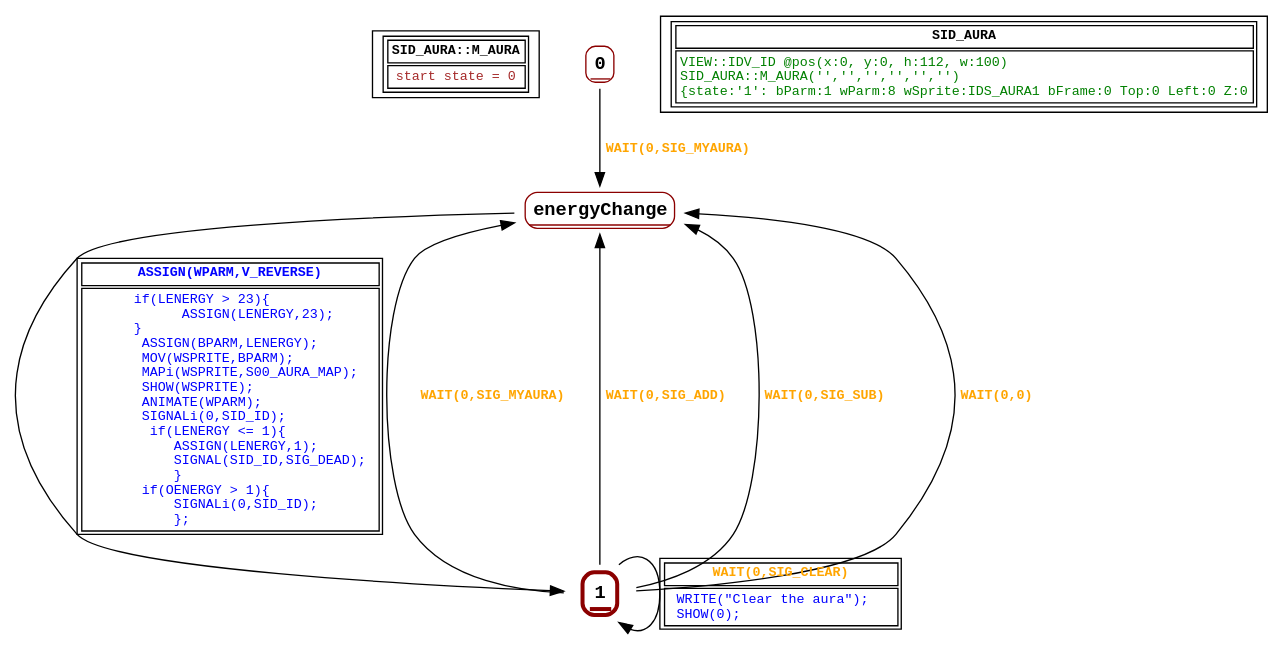
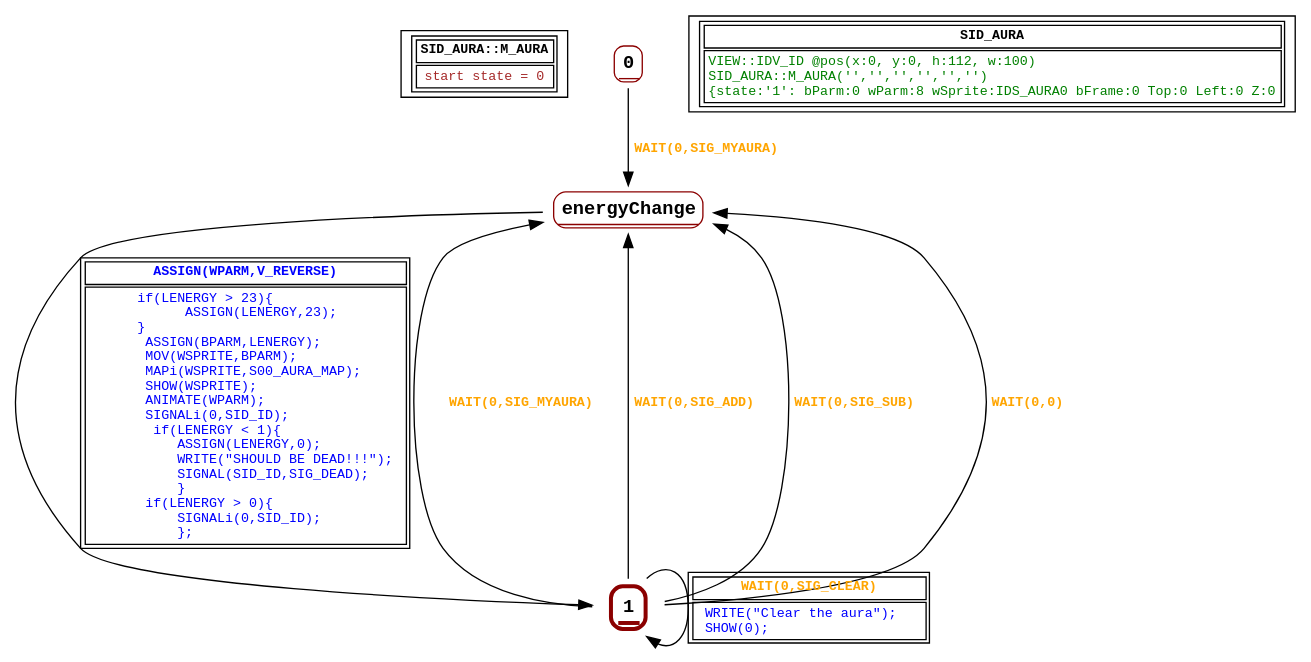
The diagram in graphs/SID_AURA.dot (guy-stewart/AzariaCD), drawn with Graphviz before and after one commit. The commit also changed 21 other files, not shown here.

```diff
--- a/graphs/SID_AURA.dot
+++ b/graphs/SID_AURA.dot
@@ -1,37 +1,37 @@
 digraph Automaton {
  fontname="Courier New"
 	node [shape=oval, fontname="Courier New"];
 	filename[shape = record, fontsize=10, label=< <table border="1"><tr><td><b>SID_AURA::M_AURA<br align="left"/></b></td></tr>
 <tr><td><font point-size="10" color ="brown">start state = 0<br align="left"/></font></td></tr></table>>
 ];
 	0[shape = none, fontsize=14, label=< <table border="1" color="darkred" style="rounded"><tr><td sides="b"><b>0<br align="left"/></b></td></tr>
 </table>>];
 "0" -> "energyChange" [fontcolor=orange,fontsize=10,fontname="Courier New", label=< <table border="0"><tr><td><b>WAIT(0,SIG_MYAURA)<br align="left"/></b></td></tr>
 </table>>
 ];
 	1[shape = none, fontsize=14, label=< <table border="3" color="darkred" style="rounded"><tr><td sides="b"><b>1<br align="left"/></b></td></tr>
 </table>>];
 "1" -> "energyChange" [fontcolor=orange,fontsize=10,fontname="Courier New", label=< <table border="0"><tr><td><b>WAIT(0,SIG_MYAURA)<br align="left"/></b></td></tr>
 </table>>
 ];
 "1" -> "energyChange" [fontcolor=orange,fontsize=10,fontname="Courier New", label=< <table border="0"><tr><td><b>WAIT(0,SIG_ADD)<br align="left"/></b></td></tr>
 </table>>
 ];
 "1" -> "energyChange" [fontcolor=orange,fontsize=10,fontname="Courier New", label=< <table border="0"><tr><td><b>WAIT(0,SIG_SUB)<br align="left"/></b></td></tr>
 </table>>
 ];
 "1" -> "1" [fontcolor=orange,fontsize=10,fontname="Courier New", label=< <table border="1"><tr><td><b>WAIT(0,SIG_CLEAR)<br align="left"/></b></td></tr>
 <tr><td><font point-size="10" color ="blue">  WRITE(&quot;Clear the aura&quot;);  <br align="left"/>  SHOW(0);<br align="left"/></font></td></tr></table>>
 ];
 "1" -> "energyChange" [fontcolor=orange,fontsize=10,fontname="Courier New", label=< <table border="0"><tr><td><b>WAIT(0,0)<br align="left"/></b></td></tr>
 </table>>
 ];
 	energyChange[shape = none, fontsize=14, label=< <table border="1" color="darkred" style="rounded"><tr><td sides="b"><b>energyChange<br align="left"/></b></td></tr>
 </table>>];
 "energyChange" -> "1" [fontcolor=blue,fontsize=10,fontname="Courier New", label=< <table border="1"><tr><td><b>ASSIGN(WPARM,V_REVERSE)<br align="left"/></b></td></tr>
-<tr><td><font point-size="10" color ="blue">       if(LENERGY &gt; 23)&#123;<br align="left"/>             ASSIGN(LENERGY,23);<br align="left"/>       &#125;<br align="left"/>        ASSIGN(BPARM,LENERGY);<br align="left"/>        MOV(WSPRITE,BPARM);<br align="left"/>        MAPi(WSPRITE,S00_AURA_MAP);<br align="left"/>        SHOW(WSPRITE);<br align="left"/>        ANIMATE(WPARM);<br align="left"/>        SIGNALi(0,SID_ID);<br align="left"/>         if(LENERGY &lt;= 1)&#123;<br align="left"/>            ASSIGN(LENERGY,1);<br align="left"/>            SIGNAL(SID_ID,SIG_DEAD);<br align="left"/>            &#125;<br align="left"/>        if(OENERGY &gt; 1)&#123;<br align="left"/>            SIGNALi(0,SID_ID);<br align="left"/>            &#125;;  <br align="left"/></font></td></tr></table>>
+<tr><td><font point-size="10" color ="blue">       if(LENERGY &gt; 23)&#123;<br align="left"/>             ASSIGN(LENERGY,23);<br align="left"/>       &#125;<br align="left"/>        ASSIGN(BPARM,LENERGY);<br align="left"/>        MOV(WSPRITE,BPARM);<br align="left"/>        MAPi(WSPRITE,S00_AURA_MAP);<br align="left"/>        SHOW(WSPRITE);<br align="left"/>        ANIMATE(WPARM);<br align="left"/>        SIGNALi(0,SID_ID);<br align="left"/>         if(LENERGY &lt; 1)&#123;<br align="left"/>            ASSIGN(LENERGY,0);<br align="left"/>            WRITE(&quot;SHOULD BE DEAD!!!&quot;);<br align="left"/>            SIGNAL(SID_ID,SIG_DEAD);<br align="left"/>            &#125;<br align="left"/>        if(LENERGY &gt; 0)&#123;<br align="left"/>            SIGNALi(0,SID_ID);<br align="left"/>            &#125;;  <br align="left"/></font></td></tr></table>>
 ];
 	status[shape = record, fontsize=10, label=< <table border="1"><tr><td><b>SID_AURA<br align="left"/></b></td></tr>
-<tr><td><font point-size="10" color ="green">VIEW::IDV_ID @pos(x:0, y:0, h:112, w:100)<br align="left"/>SID_AURA::M_AURA(&apos;&apos;,&apos;&apos;,&apos;&apos;,&apos;&apos;,&apos;&apos;,&apos;&apos;)<br align="left"/>			&#123;state:&apos;1&apos;: bParm:1 wParm:8 wSprite:IDS_AURA1 bFrame:0 Top:0 Left:0 Z:0<br align="left"/></font></td></tr></table>>
+<tr><td><font point-size="10" color ="green">VIEW::IDV_ID @pos(x:0, y:0, h:112, w:100)<br align="left"/>SID_AURA::M_AURA(&apos;&apos;,&apos;&apos;,&apos;&apos;,&apos;&apos;,&apos;&apos;,&apos;&apos;)<br align="left"/>			&#123;state:&apos;1&apos;: bParm:0 wParm:8 wSprite:IDS_AURA0 bFrame:0 Top:0 Left:0 Z:0<br align="left"/></font></td></tr></table>>
 ];
 }
```
